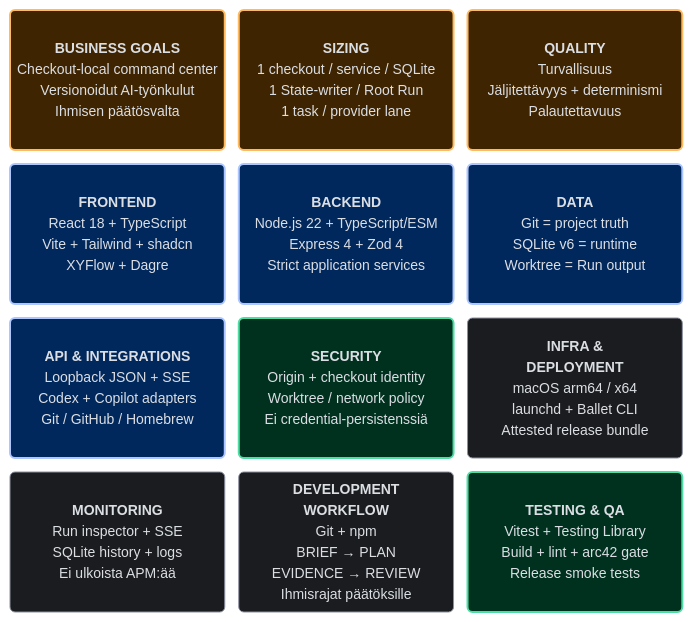
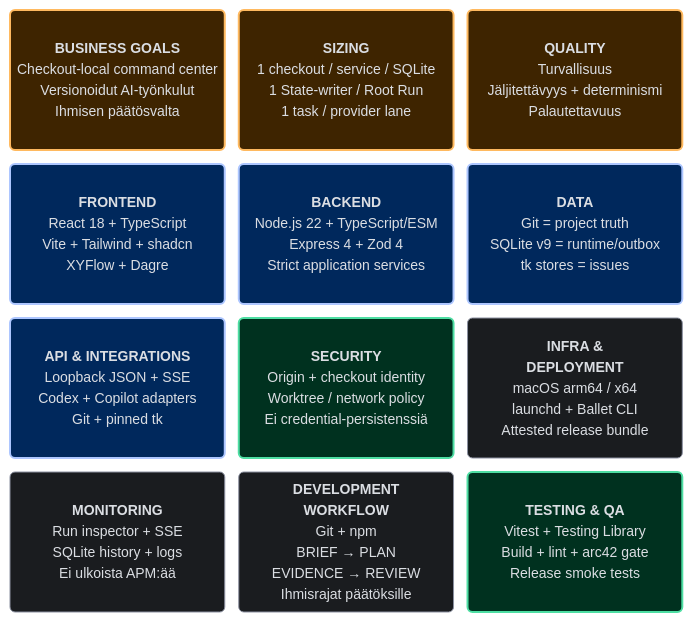
Before and after one commit to isinisalo/ballet: the diagram in .ballet/arc42/canvases/TECH-STACK-CANVAS.md, drawn with Mermaid. The commit also changed other lines of this file and 204 other files, not shown here.

Commit message:
graph engineering

````diff
--- a/.ballet/arc42/canvases/TECH-STACK-CANVAS.md
+++ b/.ballet/arc42/canvases/TECH-STACK-CANVAS.md
@@ -29,43 +29,43 @@
 ```mermaid
 ---
 config:
   theme: base
   htmlLabels: true
   themeCSS: |
     .nodeLabel, .label, text, span, p { font-family: Inter, Arial, sans-serif !important; }
   themeVariables:
     background: '#0c0e11'
     primaryColor: '#111316'
     primaryTextColor: '#e2e2e6'
     primaryBorderColor: '#414755'
     fontFamily: 'Arial, sans-serif'
     fontSize: '14px'
   block:
     padding: 14
 ---
 block
   columns 3
   goals("<b>BUSINESS GOALS</b><br/>Checkout-local command center<br/>Versionoidut AI-työnkulut<br/>Ihmisen päätösvalta")
   sizing("<b>SIZING</b><br/>1 checkout / service / SQLite<br/>1 State-writer / Root Run<br/>1 task / provider lane")
   quality("<b>QUALITY</b><br/>Turvallisuus<br/>Jäljitettävyys + determinismi<br/>Palautettavuus")
   frontend("<b>FRONTEND</b><br/>React 18 + TypeScript<br/>Vite + Tailwind + shadcn<br/>XYFlow + Dagre")
 
   backend("<b>BACKEND</b><br/>Node.js 22 + TypeScript/ESM<br/>Express 4 + Zod 4<br/>Strict application services")
-  data("<b>DATA</b><br/>Git = project truth<br/>SQLite v6 = runtime<br/>Worktree = Run output")
-  api("<b>API & INTEGRATIONS</b><br/>Loopback JSON + SSE<br/>Codex + Copilot adapters<br/>Git / GitHub / Homebrew")
+  data("<b>DATA</b><br/>Git = project truth<br/>SQLite v9 = runtime/outbox<br/>tk stores = issues")
+  api("<b>API & INTEGRATIONS</b><br/>Loopback JSON + SSE<br/>Codex + Copilot adapters<br/>Git + pinned tk")
   security("<b>SECURITY</b><br/>Origin + checkout identity<br/>Worktree / network policy<br/>Ei credential-persistenssiä")
 
   infra("<b>INFRA &<br/>DEPLOYMENT</b><br/>macOS arm64 / x64<br/>launchd + Ballet CLI<br/>Attested release bundle")
   monitoring("<b>MONITORING</b><br/>Run inspector + SSE<br/>SQLite history + logs<br/>Ei ulkoista APM:ää")
   workflow("<b>DEVELOPMENT<br/>WORKFLOW</b><br/>Git + npm<br/>BRIEF → PLAN<br/>EVIDENCE → REVIEW<br/>Ihmisrajat päätöksille")
   testing("<b>TESTING & QA</b><br/>Vitest + Testing Library<br/>Build + lint + arc42 gate<br/>Release smoke tests")
 
   classDef intent fill:#3e2400,stroke:#ffb95f,color:#ffddb8,stroke-width:2px;
   classDef architecture fill:#00285c,stroke:#adc6ff,color:#d8e2ff,stroke-width:2px;
   classDef control fill:#00311f,stroke:#4edea3,color:#6ffbbe,stroke-width:2px;
   classDef operations fill:#1a1c1f,stroke:#8b90a0,color:#e2e2e6,stroke-width:1px;
   class goals,sizing,quality intent
   class frontend,backend,data,api architecture
   class security,testing control
   class infra,monitoring,workflow operations
 ```
````
